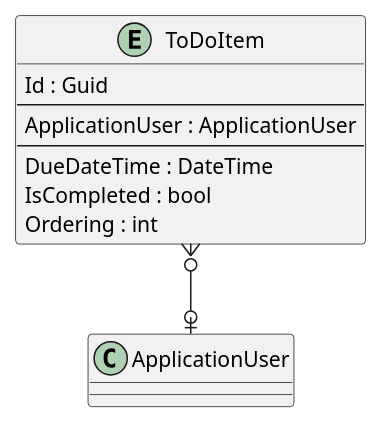
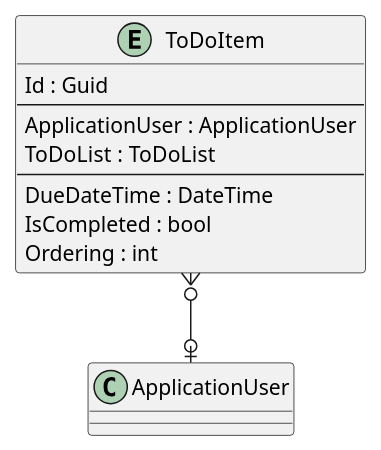
One commit to intrepion/intrepion_to-do_web_blazor changed the diagram in .docs/Intrepion.ToDo.pu. Above: the diagram before and after it, drawn with PlantUML.

```diff
--- a/.docs/Intrepion.ToDo.pu
+++ b/.docs/Intrepion.ToDo.pu
@@ -1,20 +1,21 @@
 @startuml
 
 entity ToDoItem {
     Id : Guid
     --
     ApplicationUser : ApplicationUser
+    ToDoList : ToDoList
     ' ToDoItemKeyCodePlaceholder
     --
     DueDateTime : DateTime
     IsCompleted : bool
     Ordering : int
     ' ToDoItemPropertyCodePlaceholder
 }
 
 ' EntityCodePlaceholder
 
 ToDoItem }o--o| ApplicationUser
 ' RelationshipCodePlaceholder
 
 @enduml
```
